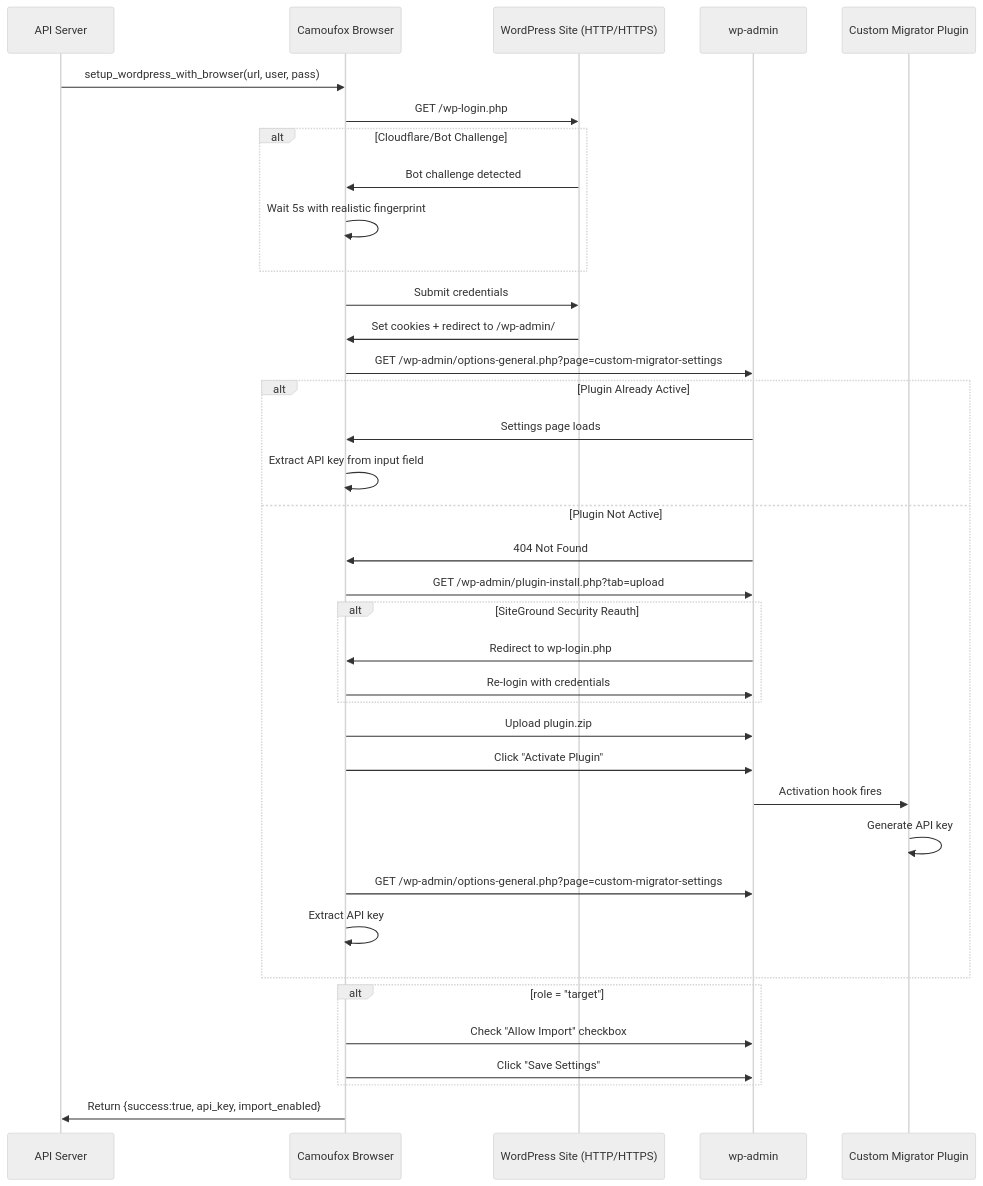
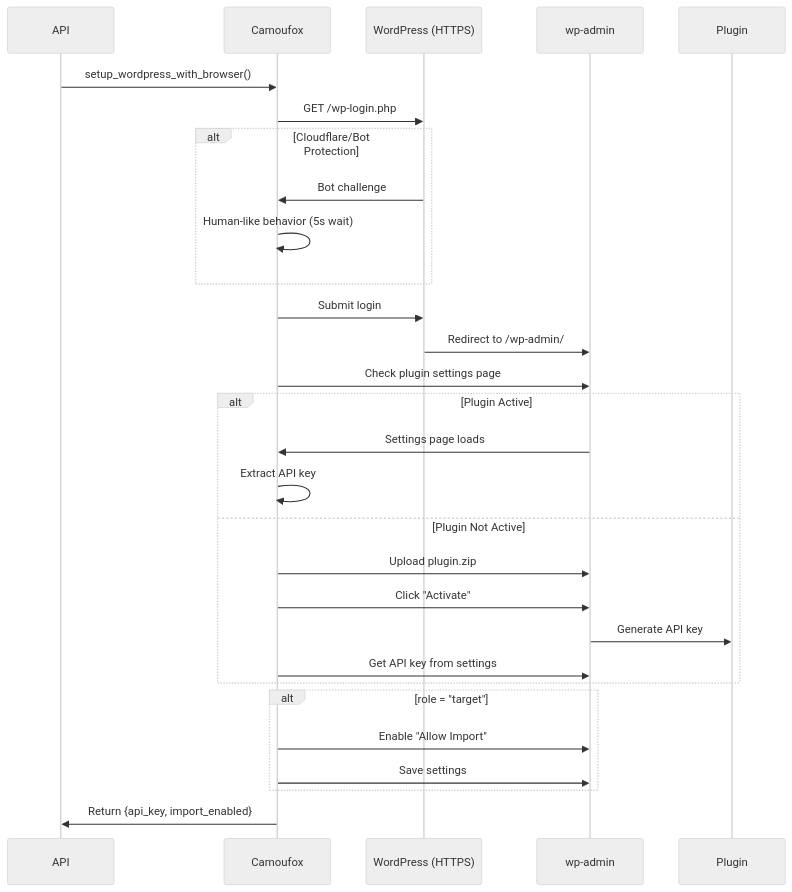
Before and after one commit to t0ct0c/clone-restore: the third of 3 diagrams in README.md, drawn with Mermaid (neutral theme). The commit also changed other lines of this file, not shown here.

First line of the commit message:
docs: Complete rewrite of README with correct HTTPS and domain configuration

````diff
--- a/README.md
+++ b/README.md
@@ -182,48 +241,37 @@
 ```mermaid
 sequenceDiagram
-    participant API as API Server
-    participant Camoufox as Camoufox Browser
-    participant WP as WordPress Site (HTTP/HTTPS)
+    participant API
+    participant Camoufox
+    participant WP as WordPress (HTTPS)
     participant Admin as wp-admin
-    participant Plugin as Custom Migrator Plugin
+    participant Plugin
 
-    API->>Camoufox: setup_wordpress_with_browser(url, user, pass)
+    API->>Camoufox: setup_wordpress_with_browser()
     Camoufox->>WP: GET /wp-login.php
 
-    alt Cloudflare/Bot Challenge
-        WP->>Camoufox: Bot challenge detected
-        Camoufox->>Camoufox: Wait 5s with realistic fingerprint
+    alt Cloudflare/Bot Protection
+        WP->>Camoufox: Bot challenge
+        Camoufox->>Camoufox: Human-like behavior (5s wait)
     end
 
-    Camoufox->>WP: Submit credentials
-    WP->>Camoufox: Set cookies + redirect to /wp-admin/
+    Camoufox->>WP: Submit login
+    WP->>Admin: Redirect to /wp-admin/
 
-    Camoufox->>Admin: GET /wp-admin/options-general.php?page=custom-migrator-settings
-
-    alt Plugin Already Active
+    Camoufox->>Admin: Check plugin settings page
+    alt Plugin Active
         Admin->>Camoufox: Settings page loads
-        Camoufox->>Camoufox: Extract API key from input field
+        Camoufox->>Camoufox: Extract API key
     else Plugin Not Active
-        Admin->>Camoufox: 404 Not Found
-        Camoufox->>Admin: GET /wp-admin/plugin-install.php?tab=upload
-
-        alt SiteGround Security Reauth
-            Admin->>Camoufox: Redirect to wp-login.php
-            Camoufox->>Admin: Re-login with credentials
-        end
-
         Camoufox->>Admin: Upload plugin.zip
-        Camoufox->>Admin: Click "Activate Plugin"
-        Admin->>Plugin: Activation hook fires
-        Plugin->>Plugin: Generate API key
-        Camoufox->>Admin: GET /wp-admin/options-general.php?page=custom-migrator-settings
-        Camoufox->>Camoufox: Extract API key
+        Camoufox->>Admin: Click "Activate"
+        Admin->>Plugin: Generate API key
+        Camoufox->>Admin: Get API key from settings
     end
 
     alt role = "target"
-        Camoufox->>Admin: Check "Allow Import" checkbox
-        Camoufox->>Admin: Click "Save Settings"
+        Camoufox->>Admin: Enable "Allow Import"
+        Camoufox->>Admin: Save settings
     end
 
-    Camoufox->>API: Return {success:true, api_key, import_enabled}
+    Camoufox->>API: Return {api_key, import_enabled}
 ```
````
